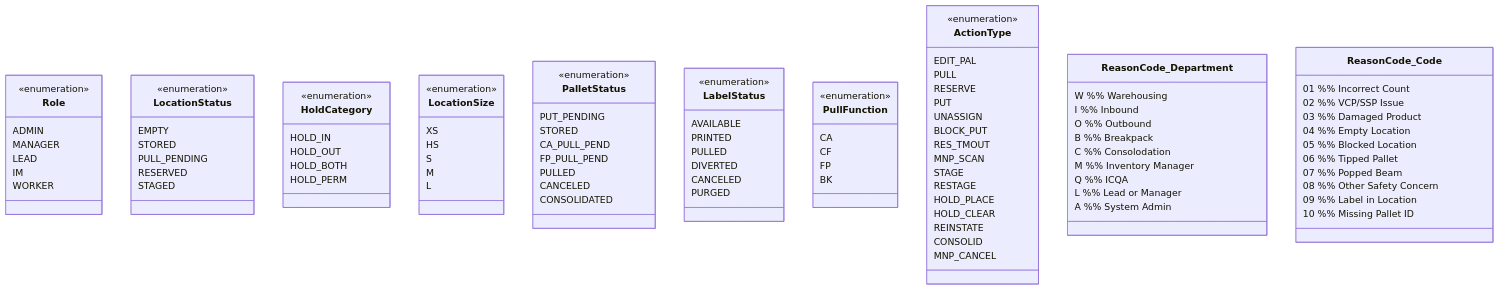
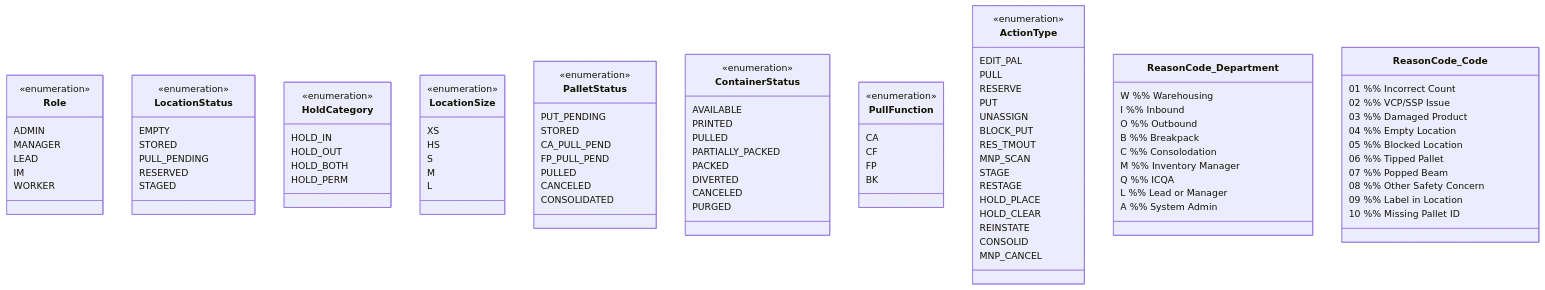
The diagram in Documentation/Flowcharts-ERDs/enums.mmd (BobbyJoeCool/PalletIQ), drawn with Mermaid before and after one commit. The commit also changed 23 other files, not shown here.

```diff
--- a/Documentation/Flowcharts-ERDs/enums.mmd
+++ b/Documentation/Flowcharts-ERDs/enums.mmd
@@ -1,146 +1,150 @@
 classDiagram
 
     %% ============================================================
     %% All enums for the warehouse management system
     %% NOTE: ActionType is intentionally empty — define and expand
     %% as features are built throughout the app.
     %% PalletStatus is open — expand as needed.
     %% ============================================================
 
     class Role {
         <<enumeration>>
         ADMIN
         MANAGER
         LEAD
         IM
         WORKER
     }
 
     class LocationStatus {
         <<enumeration>>
         EMPTY
         STORED
         PULL_PENDING
         %% PULL_PENDING here is currently unused/reserved — v1.6.9's Pull Pending rule
         %% (Container creation against a pallet) is Pallet.status-only by direct product
         %% decision; see PalletStatus's CA_PULL_PEND/FP_PULL_PEND below.
         RESERVED
         STAGED
         %% HOLD_IN/HOLD_OUT/HOLD_BOTH/HOLD_PERM removed Phase 10 — hold state now lives
         %% in Location.holdCategory, independent of status (see HoldCategory below).
         %% Phase 6's blockPut briefly wrote HOLD_BOTH into status, which clobbered the
         %% location's real operational state; fixed to use holdCategory instead.
     }
 
     class HoldCategory {
         <<enumeration>>
         HOLD_IN
         HOLD_OUT
         HOLD_BOTH
         HOLD_PERM
         %% Stored in Location.holdCategory (nullable), independent of LocationStatus —
         %% added Phase 10. See DevNotes/Screen-Specs/WLH.md for place/remove role rules.
     }
 
     class LocationSize {
         <<enumeration>>
         XS
         HS
         S
         M
         L
         %% XS - Extra Small or Hand Puts
         %% HS - Half Small
         %% S - SMall
 
     }
 
     class PalletStatus {
         <<enumeration>>
         PUT_PENDING
         STORED
         CA_PULL_PEND
         FP_PULL_PEND
         PULLED
         CANCELED
         CONSOLIDATED
         %% v1.6.9: CA_PULL_PEND/FP_PULL_PEND replace the never-implemented generic
         %% PULL_PENDING here — CA_PULL_PEND covers both CA and CF pull functions
         %% (carton-granularity), FP_PULL_PEND covers FP. Set when a Container is created
         %% against a pallet (today: only the seed/reseed generators — see
         %% demo-reseed.ts/seed-containers.ts), cleared back to STORED once every one of a
         %% pallet's outstanding labels has been pulled (verifyPull in pulls.ts).
         %% LocationStatus's own PULL_PENDING below is unrelated/unused by this rule.
         %% Open — expand as app is built
     }
 
-    class LabelStatus {
+    class ContainerStatus {
         <<enumeration>>
         AVAILABLE
         PRINTED
         PULLED
+        PARTIALLY_PACKED
+        PACKED
         DIVERTED
         CANCELED
         PURGED
-        %% May expand as app is built
+        %% Canonical list: shared/containerStatus.ts (#213). "Open" = AVAILABLE | PRINTED.
+        %% PULLED is shown to workers as "Verified" (no stored VERIFIED status).
+        %% PARTIALLY_PACKED / PACKED are SSP Pull Master only.
     }
 
     class PullFunction {
         <<enumeration>>
         CA
         CF
         FP
         BK
         %% CA: Carton Air (XS-size or non-XS above level 1, non-emptying)
         %% CF: Carton Floor (level 1, non-XS, non-emptying)
         %% FP: Full Pallet (empties the location, non-XS)
         %% BK: Bulk (level-00 locations — not implemented in demo)
     }
 
     class ActionType {
         <<enumeration>>
         EDIT_PAL
         PULL
         RESERVE
         PUT
         UNASSIGN
         BLOCK_PUT
         RES_TMOUT
         MNP_SCAN
         STAGE
         RESTAGE
         HOLD_PLACE
         HOLD_CLEAR
         REINSTATE
         CONSOLID
         MNP_CANCEL
         %% Max 10 chars (VarChar(10))
     }
 
     %% Reason Codes are a 3 character enum.  
     %% The first character is the department.
     %% The last two digits are numbers: the reason code
     class ReasonCode_Department {
         W %% Warehousing
         I %% Inbound
         O %% Outbound
         B %% Breakpack
         C %% Consolodation
         M %% Inventory Manager
         Q %% ICQA
         L %% Lead or Manager
         A %% System Admin
     }
     class ReasonCode_Code {
         01 %% Incorrect Count
         02 %% VCP/SSP Issue
         03 %% Damaged Product
         04 %% Empty Location
         05 %% Blocked Location
         06 %% Tipped Pallet
         07 %% Popped Beam
         08 %% Other Safety Concern
         09 %% Label in Location
         10 %% Missing Pallet ID
         %% Not a Complete List
     }
```
